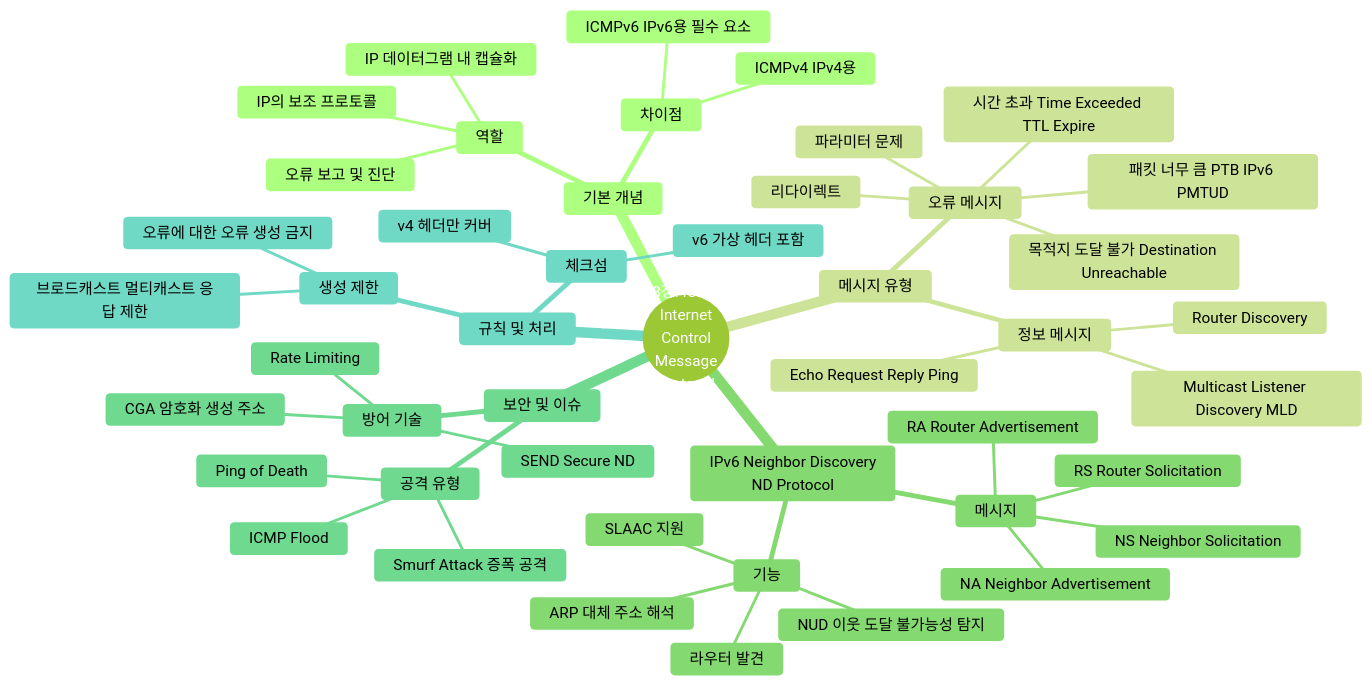
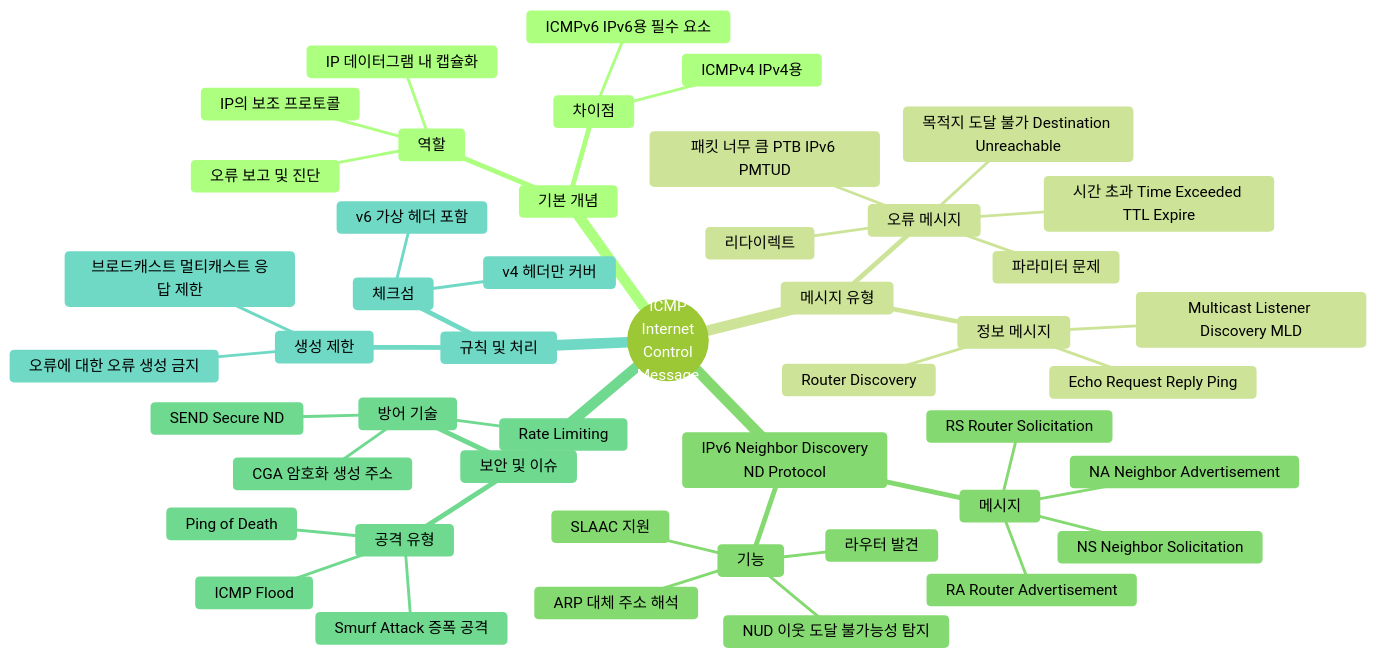
The diagram in 01_inbox/books/tcp_ip_illustrated_1/chapter8.md (youngmin-gwon/what-i-studied), drawn with Mermaid (forest theme) before and after one commit. The commit also changed other lines of this file and 6 other files, not shown here.

````diff
--- a/01_inbox/books/tcp_ip_illustrated_1/chapter8.md
+++ b/01_inbox/books/tcp_ip_illustrated_1/chapter8.md
@@ -16,50 +16,50 @@
 ```mermaid
 mindmap
-  root((8장: ICMP<br>Internet<br>Control<br>Message<br>Protocol))
+  root((8장:<br>ICMP<br>Internet<br>Control<br>Message<br>Protocol))
     기본 개념
       역할
         IP의 보조 프로토콜
         오류 보고 및 진단
         IP 데이터그램 내 캡슐화
       차이점
         ICMPv4 IPv4용
         ICMPv6 IPv6용 필수 요소
     메시지 유형
       오류 메시지
         목적지 도달 불가 Destination Unreachable
         패킷 너무 큼 PTB IPv6 PMTUD
         시간 초과 Time Exceeded TTL Expire
         파라미터 문제
         리다이렉트
       정보 메시지
         Echo Request Reply Ping
         Router Discovery
         Multicast Listener Discovery MLD
     IPv6 Neighbor Discovery<br>ND Protocol
       기능
         ARP 대체 주소 해석
         라우터 발견
         SLAAC 지원
         NUD 이웃 도달 불가능성 탐지
       메시지
         RS Router Solicitation
         RA Router Advertisement
         NS Neighbor Solicitation
         NA Neighbor Advertisement
     보안 및 이슈
       공격 유형
         Smurf Attack 증폭 공격
         Ping of Death
         ICMP Flood
       방어 기술
         SEND Secure ND
         CGA 암호화 생성 주소
         Rate Limiting
     규칙 및 처리
       생성 제한
         오류에 대한 오류 생성 금지
         브로드캐스트 멀티캐스트 응답 제한
       체크섬
         v4 헤더만 커버
         v6 가상 헤더 포함
 ```
````
